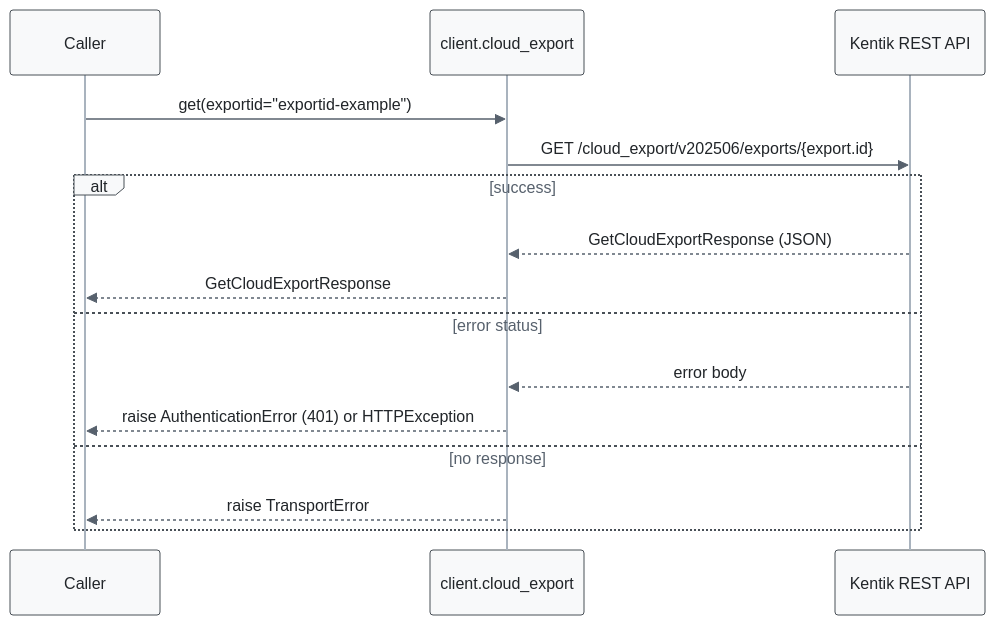
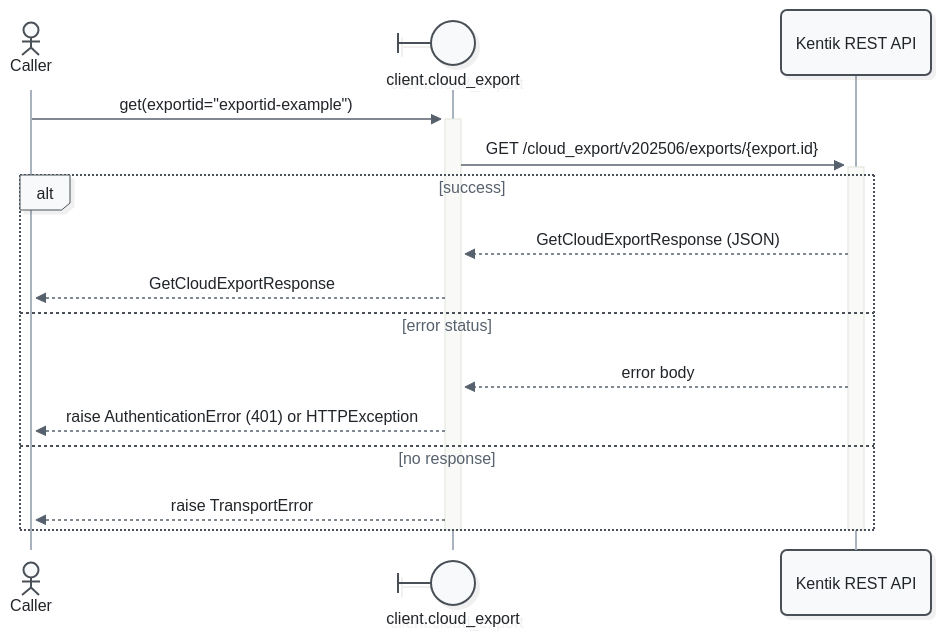
The fifth of 11 diagrams in docs/sphinx/services/cloud_export.md (alexdearaujo/community_sdk_python), drawn with Mermaid before and after one commit. The commit also changed other lines of this file and 52 other files, not shown here.

First line of the commit message:
docs: Mermaid 12 sequence diagrams with participant types and path colors

````diff
--- a/docs/sphinx/services/cloud_export.md
+++ b/docs/sphinx/services/cloud_export.md
@@ -182,19 +192,21 @@
 ```mermaid
-%%{init: {"theme": "base", "fontFamily": "ui-monospace, SFMono-Regular, Menlo, monospace", "themeVariables": {"fontFamily": "ui-monospace, SFMono-Regular, Menlo, monospace", "primaryColor": "#f8f9fa", "primaryBorderColor": "#495057", "primaryTextColor": "#212529", "textColor": "#212529", "lineColor": "#77818c", "edgeLabelBackground": "#ffffff", "actorBkg": "#f8f9fa", "actorBorder": "#495057", "actorTextColor": "#212529", "actorLineColor": "#a9b3be", "signalColor": "#57616d", "signalTextColor": "#212529", "labelBoxBkgColor": "#f8f9fa", "labelBoxBorderColor": "#495057", "labelTextColor": "#212529", "loopTextColor": "#57616d", "noteBkgColor": "#fff9db", "noteBorderColor": "#f08c00", "noteTextColor": "#a35a00"}, "flowchart": {"curve": "step", "nodeSpacing": 30, "rankSpacing": 70, "wrappingWidth": 400}}}%%
+%%{init: {"theme": "redux", "look": "neo", "layout": "dagre", "fontFamily": "ui-monospace, SFMono-Regular, Menlo, monospace", "themeVariables": {"fontFamily": "ui-monospace, SFMono-Regular, Menlo, monospace", "primaryColor": "#f8f9fa", "primaryBorderColor": "#495057", "primaryTextColor": "#212529", "textColor": "#212529", "lineColor": "#77818c", "edgeLabelBackground": "#ffffff", "actorBkg": "#f8f9fa", "actorBorder": "#495057", "actorTextColor": "#212529", "actorLineColor": "#a9b3be", "signalColor": "#57616d", "signalTextColor": "#212529", "labelBoxBkgColor": "#f8f9fa", "labelBoxBorderColor": "#495057", "labelTextColor": "#212529", "loopTextColor": "#57616d", "noteBkgColor": "#fff9db", "noteBorderColor": "#f08c00", "noteTextColor": "#a35a00"}, "sequence": {"activationWidth": 16}, "flowchart": {"curve": "step", "nodeSpacing": 30, "rankSpacing": 70, "wrappingWidth": 400}}}%%
 sequenceDiagram
-    participant C as Caller
-    participant W as client.cloud_export
+    actor C as Caller
+    participant W@{ "type": "boundary" } as client.cloud_export
     participant API as Kentik REST API
 
-    C->>W: get(exportid="exportid-example")
-    W->>API: GET /cloud_export/v202506/exports/{export.id}
+    C->>+W: get(exportid="exportid-example")
+    W->>+API: GET /cloud_export/v202506/exports/{export.id}
     alt success
         API-->>W: GetCloudExportResponse (JSON)
         W-->>C: GetCloudExportResponse
     else error status
         API-->>W: error body
         W-->>C: raise AuthenticationError (401) or HTTPException
     else no response
         W-->>C: raise TransportError
     end
+    deactivate API
+    deactivate W
 ```
````
